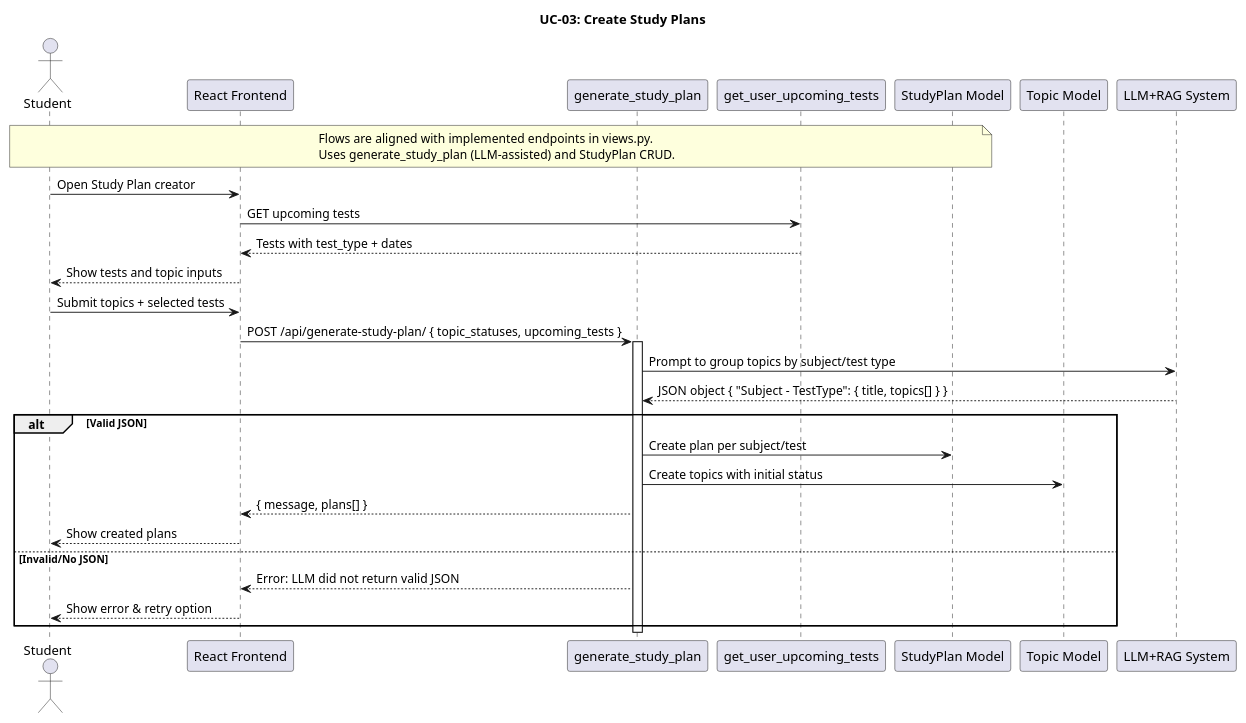
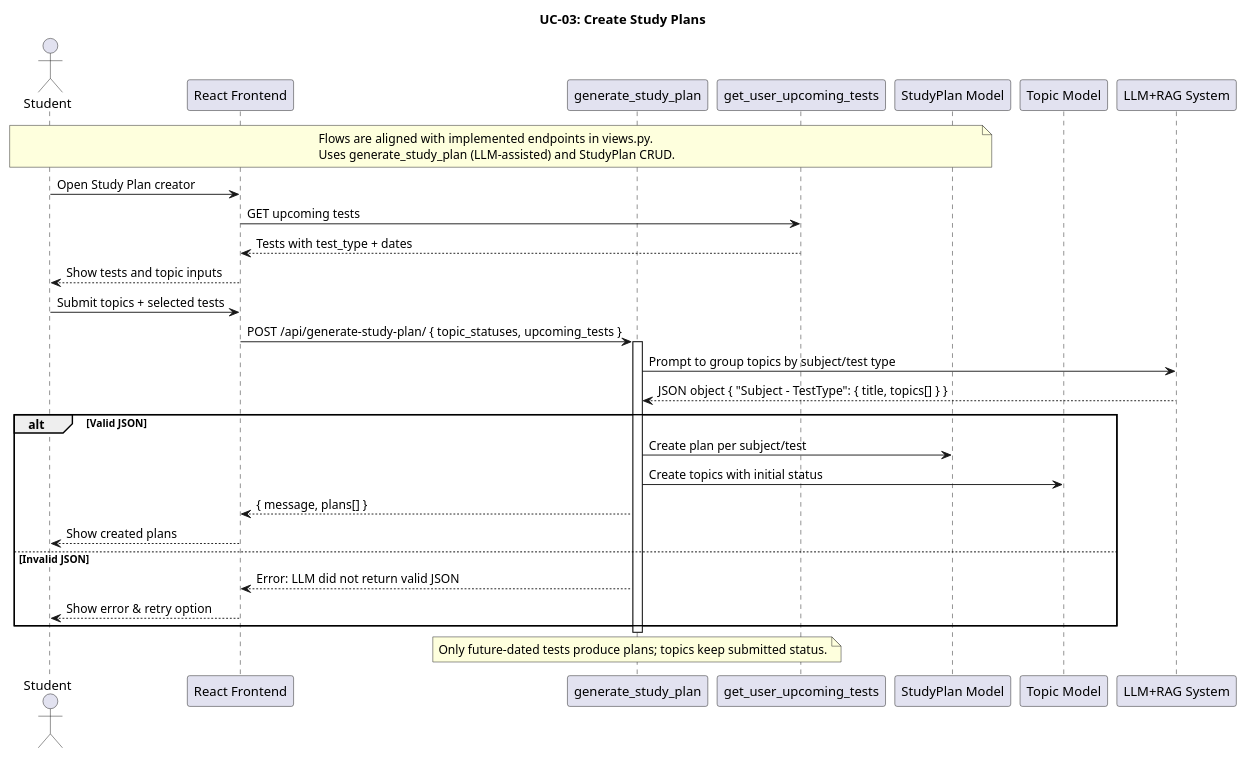
The diagram in planttext/uc03-create-study-plans.puml (MMMustafakamran/SDs), drawn with PlantUML before and after one commit. The commit also changed 18 other files, not shown here.

```diff
--- a/planttext/uc03-create-study-plans.puml
+++ b/planttext/uc03-create-study-plans.puml
@@ -1,45 +1,49 @@
 @startuml
 title UC-03: Create Study Plans
 
 actor Student
 participant Frontend as "React Frontend"
 participant StudyPlanAPI as "generate_study_plan"
 participant UpcomingTestAPI as "get_user_upcoming_tests"
 participant StudyPlan as "StudyPlan Model"
 participant Topic as "Topic Model"
 participant LLM as "LLM+RAG System"
 
 note over Student, StudyPlan
 Flows are aligned with implemented endpoints in views.py.
 Uses generate_study_plan (LLM-assisted) and StudyPlan CRUD.
 end note
 
 '======================
 ' Prepare inputs
 '======================
 Student -> Frontend : Open Study Plan creator
 Frontend -> UpcomingTestAPI : GET upcoming tests
 UpcomingTestAPI --> Frontend : Tests with test_type + dates
 Frontend --> Student : Show tests and topic inputs
 
 '======================
 ' Generate plan via LLM grouping
 '======================
 Student -> Frontend : Submit topics + selected tests
 Frontend -> StudyPlanAPI : POST /api/generate-study-plan/ { topic_statuses, upcoming_tests }
 activate StudyPlanAPI
 StudyPlanAPI -> LLM : Prompt to group topics by subject/test type
 LLM --> StudyPlanAPI : JSON object { "Subject - TestType": { title, topics[] } }
 
 alt Valid JSON
     StudyPlanAPI -> StudyPlan : Create plan per subject/test
     StudyPlanAPI -> Topic : Create topics with initial status
     StudyPlanAPI --> Frontend : { message, plans[] }
     Frontend --> Student : Show created plans
-else Invalid/No JSON
+else Invalid JSON
     StudyPlanAPI --> Frontend : Error: LLM did not return valid JSON
     Frontend --> Student : Show error & retry option
 end
 deactivate StudyPlanAPI
 
+note over StudyPlanAPI
+Only future-dated tests produce plans; topics keep submitted status.
+end note
+
 @enduml
```
